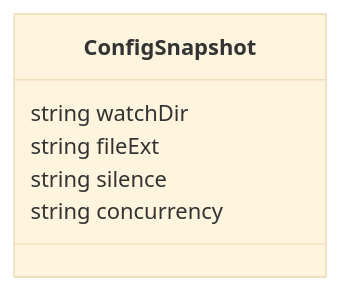
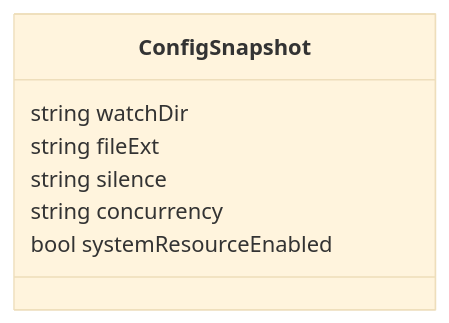
One commit to VioletEvergardenZz/GoWatchFile changed the tenth of 15 diagrams in docs/state-types-visual.md. Above: the diagram before and after it, drawn with Mermaid (base theme). The commit also changed other lines of this file and 12 other files, not shown here.

Commit message:
docs: 同步系统资源面板与 file-log 检索文档     - README/dev-guide/联动文档补充 systemResourceEnabled 与轻量刷新     - 增加 docker compose 启动说明     - config.yaml/README 示例补充 system_resource_enabled     - FAQ/流程图/状态结构与 roadmap 同步现状

````diff
--- a/docs/state-types-visual.md
+++ b/docs/state-types-visual.md
@@ -190,9 +190,10 @@
 ```mermaid
 classDiagram
 class ConfigSnapshot {
   string watchDir
   string fileExt
   string silence
   string concurrency
+  bool systemResourceEnabled
 }
 ```
````
